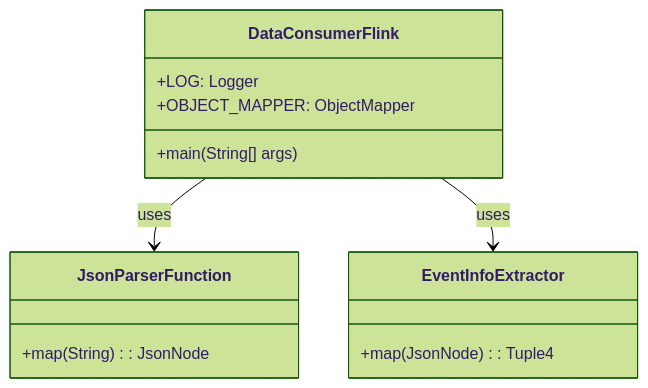
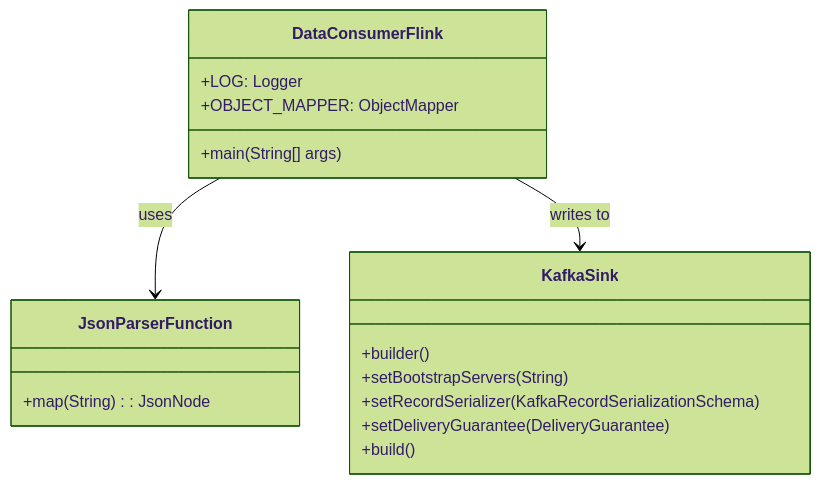
One commit to vikramaditya-tatke/tcp_flink_kafka_connector changed the fourth of 4 diagrams in README.md. Above: the diagram before and after it, drawn with Mermaid (forest theme). The commit also changed other lines of this file and 1 other file, not shown here.

Commit message:
Update .gitignore and enhance README for Kafka integration in DataConsumerFlink

````diff
--- a/README.md
+++ b/README.md
@@ -88,19 +89,23 @@
 ```mermaid
 classDiagram
     class DataConsumerFlink {
         +LOG: Logger
         +OBJECT_MAPPER: ObjectMapper
         +main(String[] args)
     }
     
     class JsonParserFunction {
         +map(String): JsonNode
     }
     
-    class EventInfoExtractor {
-        +map(JsonNode): Tuple4
+    class KafkaSink {
+        +builder()
+        +setBootstrapServers(String)
+        +setRecordSerializer(KafkaRecordSerializationSchema)
+        +setDeliveryGuarantee(DeliveryGuarantee)
+        +build()
     }
     
     DataConsumerFlink --> JsonParserFunction: uses
-    DataConsumerFlink --> EventInfoExtractor: uses
+    DataConsumerFlink --> KafkaSink: writes to
 ```
````
